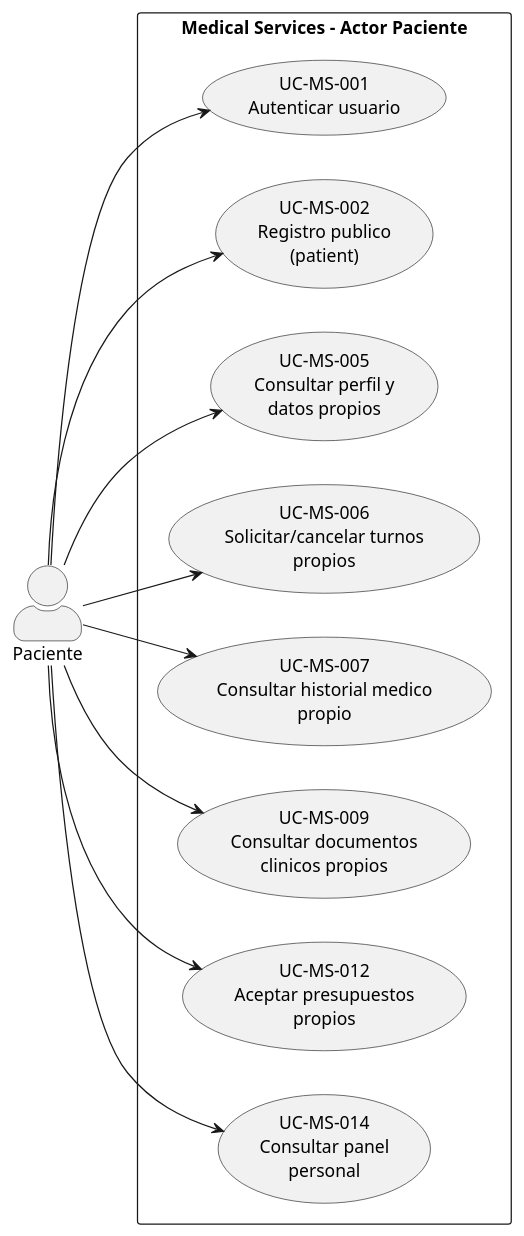
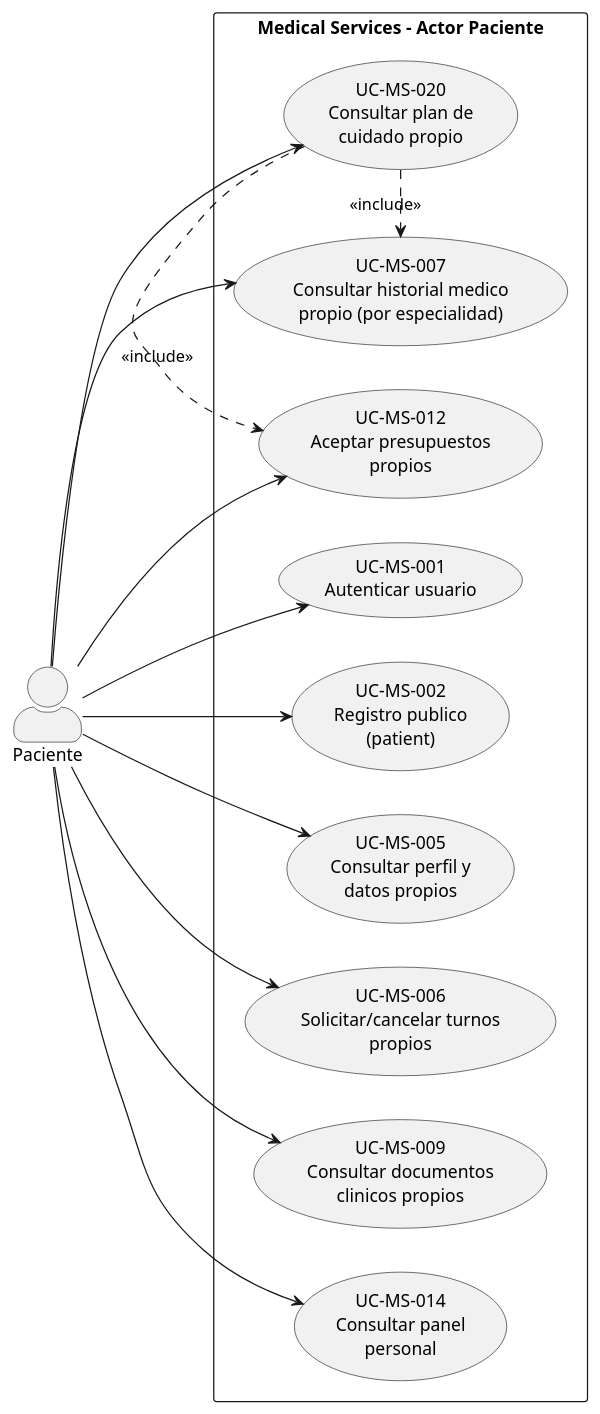
The diagram in docs/uml/use_case_paciente.puml (Yop007N/medicalcenter), drawn with PlantUML before and after one commit. The commit also changed 16 other files, not shown here.

Commit message:
docs(uml): actualizar diagramas y archivar artefactos legacy

```diff
--- a/docs/uml/use_case_paciente.puml
+++ b/docs/uml/use_case_paciente.puml
@@ -1,28 +1,33 @@
-@startuml
+@startuml use_case_paciente
 left to right direction
 skinparam packageStyle rectangle
 skinparam shadowing false
 skinparam actorStyle awesome
 
 actor Paciente as C
 
 rectangle "Medical Services - Actor Paciente" {
   usecase "UC-MS-001\nAutenticar usuario" as UC1
   usecase "UC-MS-002\nRegistro publico\n(patient)" as UC2
   usecase "UC-MS-005\nConsultar perfil y\ndatos propios" as UC5
   usecase "UC-MS-006\nSolicitar/cancelar turnos\npropios" as UC6
-  usecase "UC-MS-007\nConsultar historial medico\npropio" as UC7
+  usecase "UC-MS-007\nConsultar historial medico\npropio (por especialidad)" as UC7
   usecase "UC-MS-009\nConsultar documentos\nclinicos propios" as UC9
   usecase "UC-MS-012\nAceptar presupuestos\npropios" as UC12
   usecase "UC-MS-014\nConsultar panel\npersonal" as UC14
+  usecase "UC-MS-020\nConsultar plan de\ncuidado propio" as UC20
 }
 
 C --> UC1
 C --> UC2
 C --> UC5
 C --> UC6
 C --> UC7
 C --> UC9
 C --> UC12
 C --> UC14
+C --> UC20
+
+UC20 .> UC7 : <<include>>
+UC20 .> UC12 : <<include>>
 @enduml
```
